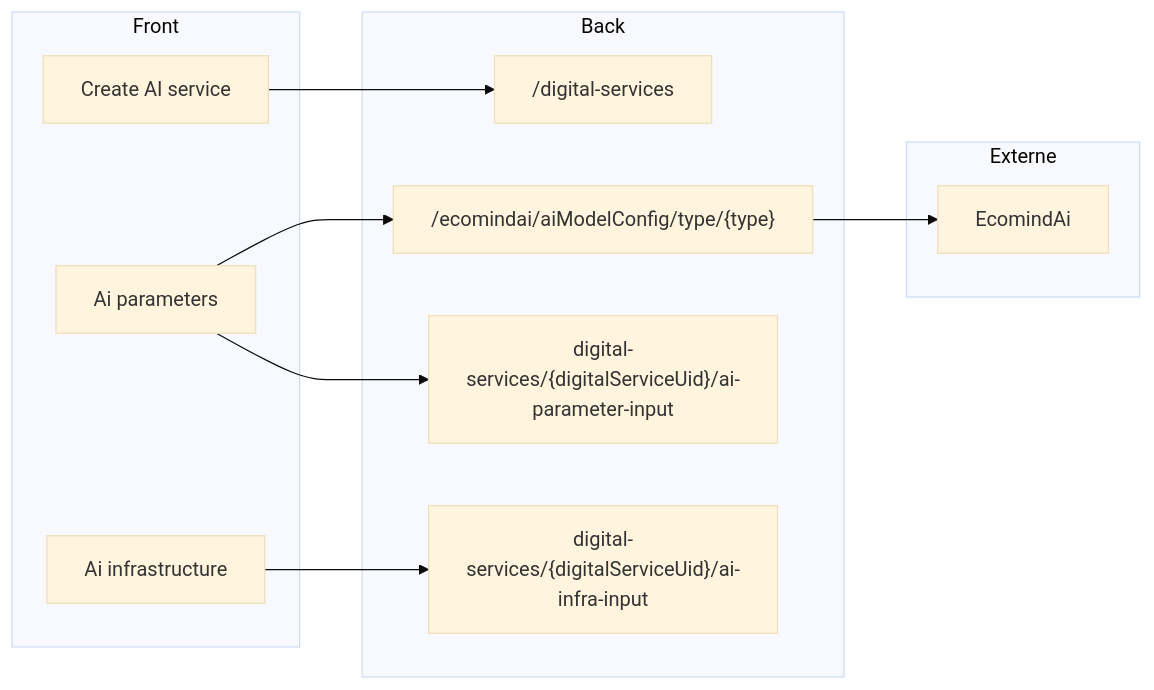
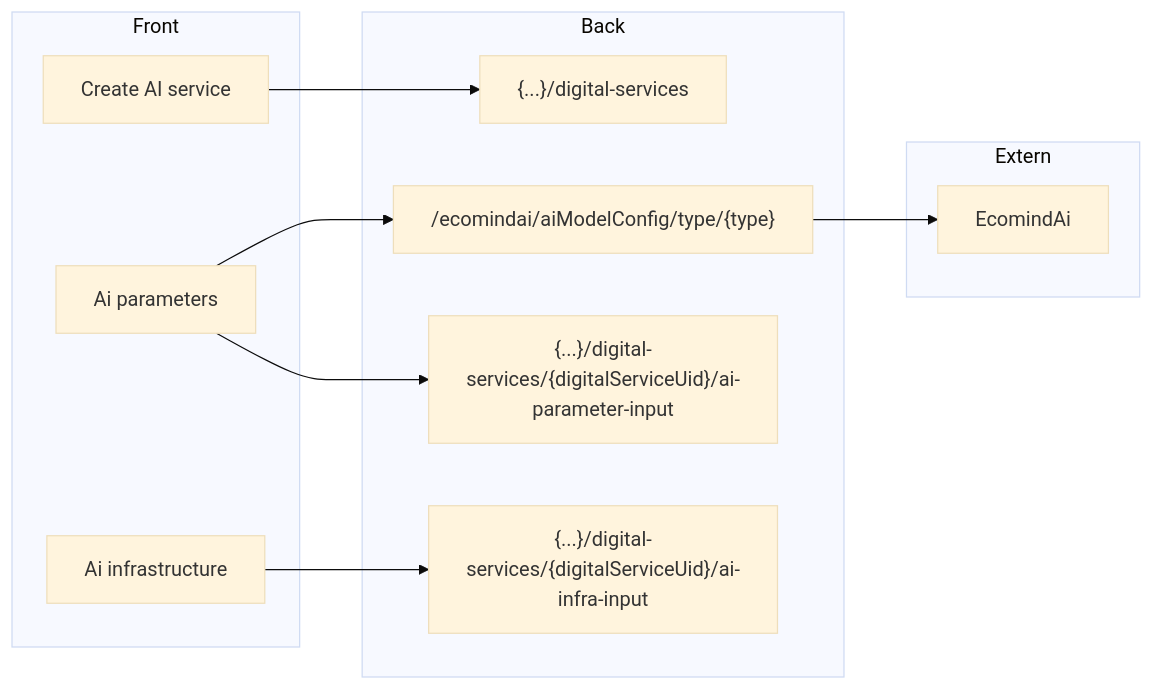
The first of 3 diagrams in services/documentation/content/3-technical-documentation/6-ecomind/architecture/_index.md (teamg4it/g4it), drawn with Mermaid (base theme) before and after one commit. The commit also changed other lines of this file and 1 other file, not shown here.

````diff
--- a/services/documentation/content/3-technical-documentation/6-ecomind/architecture/_index.md
+++ b/services/documentation/content/3-technical-documentation/6-ecomind/architecture/_index.md
@@ -10,25 +10,25 @@
 ```mermaid
 flowchart LR
     subgraph Front
         A["Create AI service"]
         B["Ai parameters"]
         C["Ai infrastructure"]
     end
 
     subgraph Back
-        A1["/digital-services"]
+        A1["{...}/digital-services"]
         B1["/ecomindai/aiModelConfig/type/{type}"]
-        B2["digital-services/{digitalServiceUid}/ai-parameter-input"]
-        C1["digital-services/{digitalServiceUid}/ai-infra-input"]
+        B2["{...}/digital-services/{digitalServiceUid}/ai-parameter-input"]
+        C1["{...}/digital-services/{digitalServiceUid}/ai-infra-input"]
     end
 
-    subgraph Externe
+    subgraph Extern
         B11["EcomindAi"]
     end
 
     A --> A1
     B --> B1
     B --> B2
     C --> C1
     B1 --> B11
 ```
````
